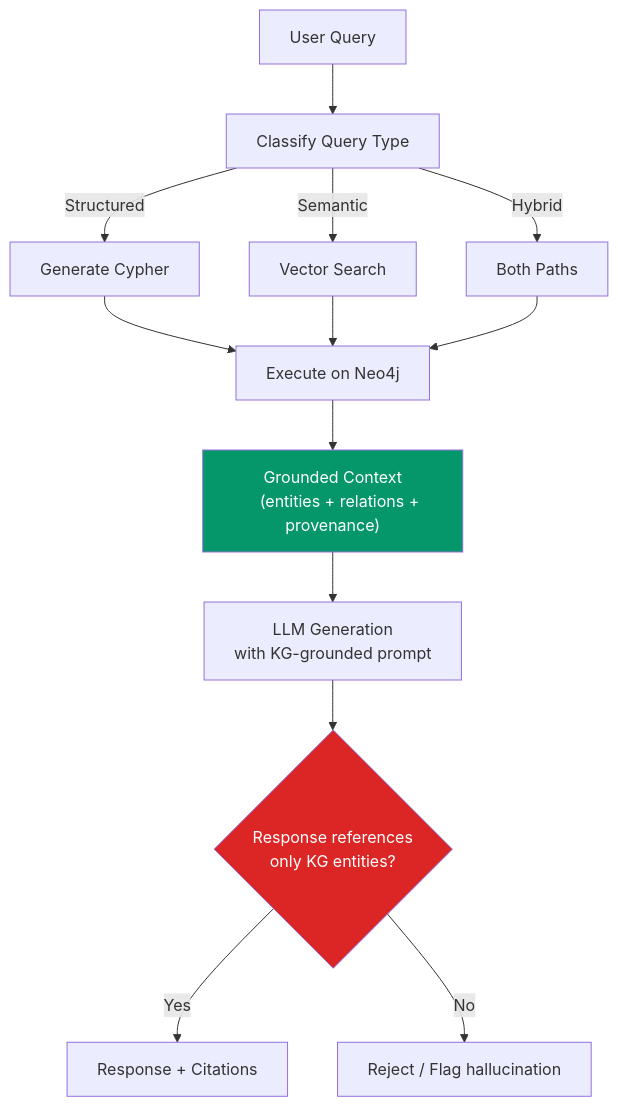
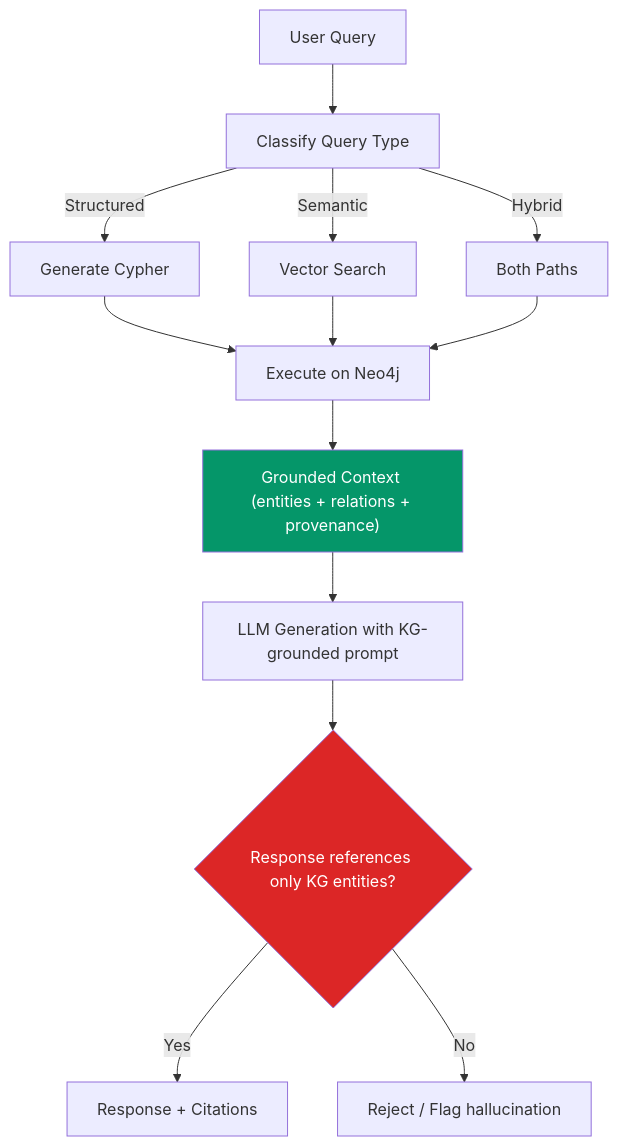
One commit to lrufiner/KnowledgeGraphHER2 changed the third of 6 diagrams in implementation_plan.md. Above: the diagram before and after it, drawn with Mermaid. The commit also changed other lines of this file and 8 other files, not shown here.

````diff
--- a/implementation_plan.md
+++ b/implementation_plan.md
@@ -668,25 +673,22 @@
 ```mermaid
 graph TD
-    Q[User Query] --> CL[Classify Query Type]
+    Q[User Query] --> CL["Classify Query Type"]
     CL -->|Structured| CYP[Generate Cypher]
     CL -->|Semantic| VEC[Vector Search]
     CL -->|Hybrid| BOTH[Both Paths]
-    
+  
     CYP --> NEO[Execute on Neo4j]
     VEC --> NEO
     BOTH --> NEO
-    
-    NEO --> CTX["Grounded Context
-    (entities + relations + provenance)"]
-    
-    CTX --> LLM["LLM Generation
-    with KG-grounded prompt"]
-    
-    LLM --> VAL{Response references
-    only KG entities?}
+  
+    NEO --> CTX["Grounded Context (entities + relations + provenance)"]
+  
+    CTX --> LLM["LLM Generation with KG-grounded prompt"]
+  
+    LLM --> VAL{Response references only KG entities?}
     VAL -->|Yes| OUT[Response + Citations]
     VAL -->|No| REJ[Reject / Flag hallucination]
-    
+  
     style CTX fill:#059669,color:#fff
     style VAL fill:#dc2626,color:#fff
 ```
````
